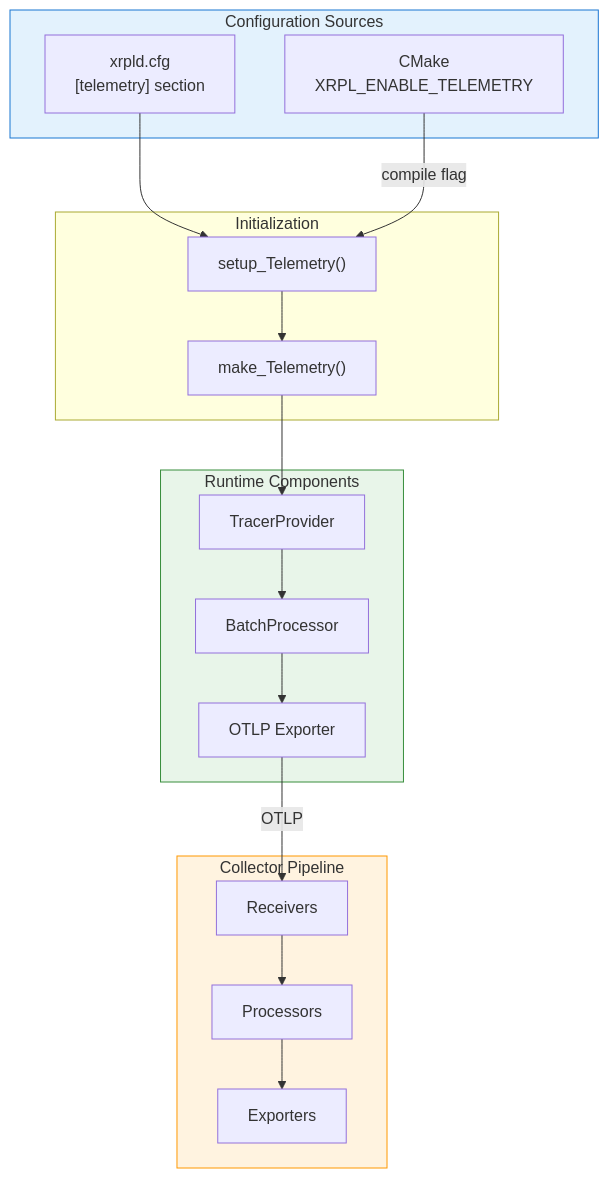
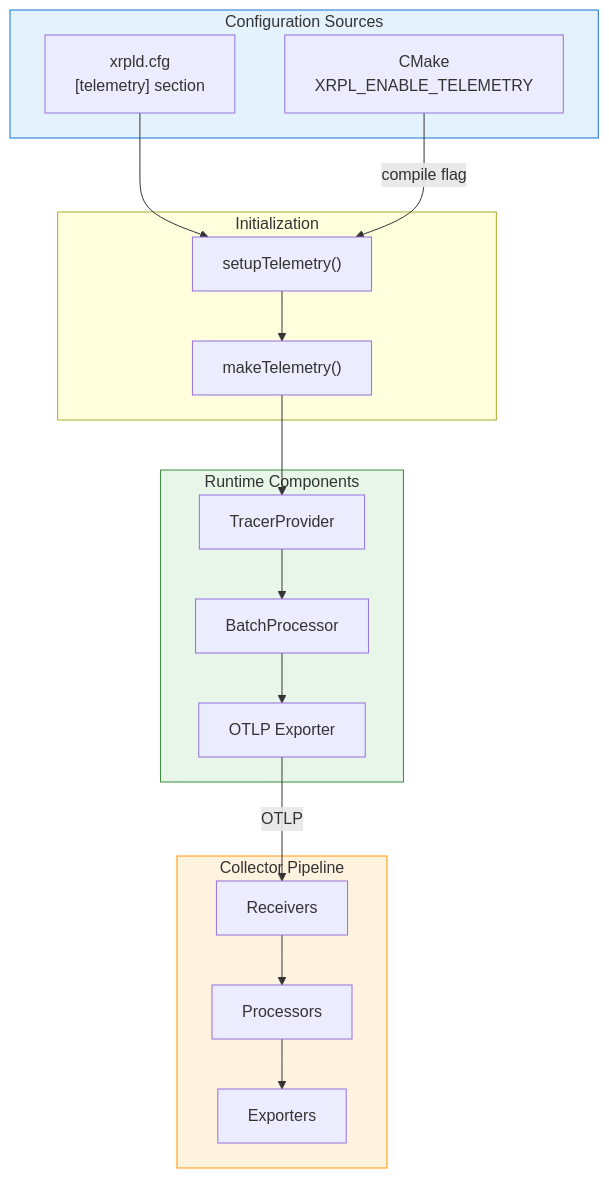
The diagram in OpenTelemetryPlan/05-configuration-reference.md (XRPLF/rippled), drawn with Mermaid before and after one commit. The commit also changed other lines of this file and 10 other files, not shown here.

````diff
--- a/OpenTelemetryPlan/05-configuration-reference.md
+++ b/OpenTelemetryPlan/05-configuration-reference.md
@@ -624,38 +624,38 @@
 ```mermaid
 flowchart TB
     subgraph config["Configuration Sources"]
         cfgFile["xrpld.cfg<br/>[telemetry] section"]
         cmake["CMake<br/>XRPL_ENABLE_TELEMETRY"]
     end
 
     subgraph init["Initialization"]
-        parse["setup_Telemetry()"]
-        factory["make_Telemetry()"]
+        parse["setupTelemetry()"]
+        factory["makeTelemetry()"]
     end
 
     subgraph runtime["Runtime Components"]
         tracer["TracerProvider"]
         exporter["OTLP Exporter"]
         processor["BatchProcessor"]
     end
 
     subgraph collector["Collector Pipeline"]
         recv["Receivers"]
         proc["Processors"]
         exp["Exporters"]
     end
 
     cfgFile --> parse
     cmake -->|"compile flag"| parse
     parse --> factory
     factory --> tracer
     tracer --> processor
     processor --> exporter
     exporter -->|"OTLP"| recv
     recv --> proc
     proc --> exp
 
     style config fill:#e3f2fd,stroke:#1976d2
     style runtime fill:#e8f5e9,stroke:#388e3c
     style collector fill:#fff3e0,stroke:#ff9800
 ```
````
